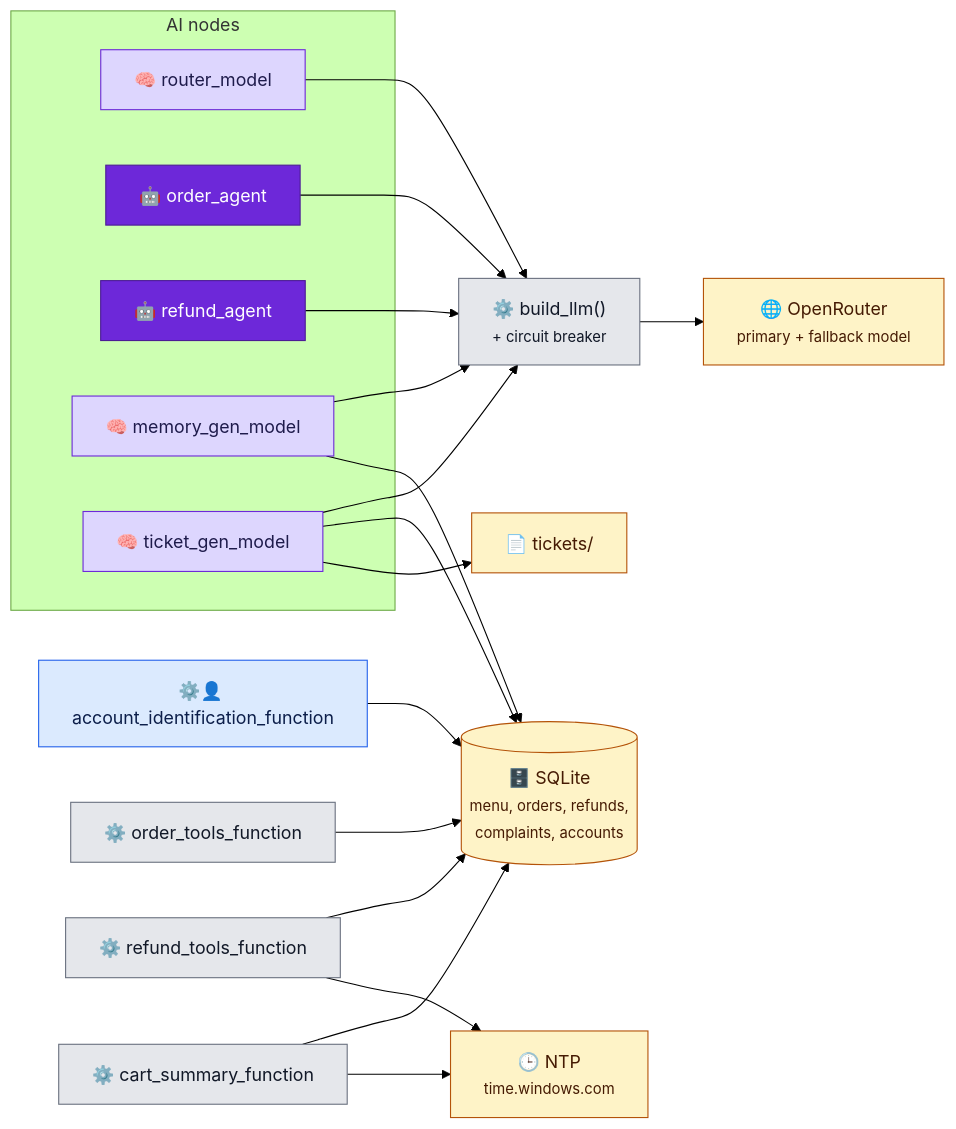
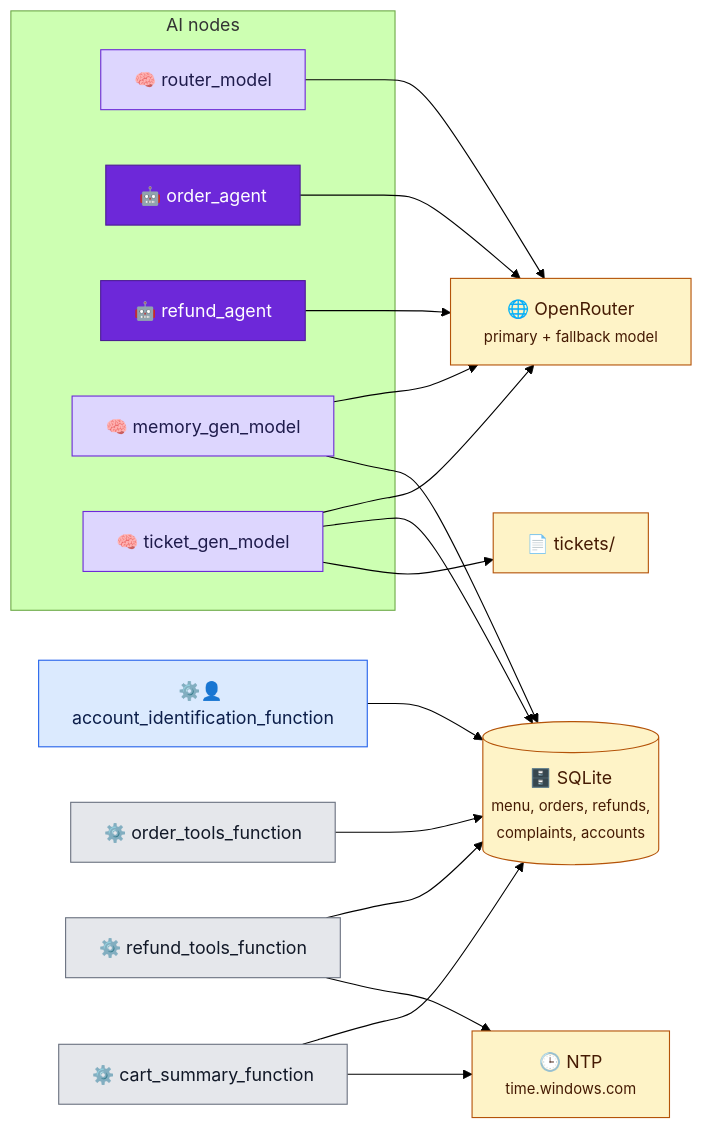
One commit to oddbullet/customer-support-fde changed the second of 2 diagrams in docs/ARCHITECTURE.md. Above: the diagram before and after it, drawn with Mermaid (forest theme). The commit also changed other lines of this file, not shown here.

Commit message:
docs: remove build_llm from architecture diagram and update node classifications

````diff
--- a/docs/ARCHITECTURE.md
+++ b/docs/ARCHITECTURE.md
@@ -108,39 +108,38 @@
 ```mermaid
 flowchart LR
     subgraph AI["AI nodes"]
         router_model["🧠 router_model"]
         order_agent["🤖 order_agent"]
         refund_agent["🤖 refund_agent"]
         memory_gen_model["🧠 memory_gen_model"]
         ticket_gen_model["🧠 ticket_gen_model"]
     end
 
-    build_llm["⚙️ build_llm()<br/><small>+ circuit breaker</small>"]
     openrouter["🌐 OpenRouter<br/><small>primary + fallback model</small>"]
     sqlite[("🗄️ SQLite<br/><small>menu, orders, refunds,<br/>complaints, accounts</small>")]
     ntp["🕒 NTP<br/><small>time.windows.com</small>"]
     tickets["📄 tickets/"]
 
-    router_model & order_agent & refund_agent & memory_gen_model & ticket_gen_model --> build_llm --> openrouter
+    router_model & order_agent & refund_agent & memory_gen_model & ticket_gen_model --> openrouter
 
     account_identification_function["⚙️👤 account_identification_function"] --> sqlite
     order_tools_function["⚙️ order_tools_function"] --> sqlite
     refund_tools_function["⚙️ refund_tools_function"] --> sqlite
     refund_tools_function --> ntp
     cart_summary_function["⚙️ cart_summary_function"] --> sqlite
     cart_summary_function --> ntp
     memory_gen_model --> sqlite
     ticket_gen_model --> sqlite
     ticket_gen_model --> tickets
 
     classDef agent fill:#6d28d9,stroke:#4c1d95,color:#ffffff
     classDef model fill:#ddd6fe,stroke:#6d28d9,color:#1e1b4b
     classDef func fill:#e5e7eb,stroke:#6b7280,color:#111827
     classDef human fill:#dbeafe,stroke:#2563eb,color:#0c1e4a
     classDef ext fill:#fef3c7,stroke:#b45309,color:#451a03
     class order_agent,refund_agent agent
     class router_model,memory_gen_model,ticket_gen_model model
-    class build_llm,order_tools_function,refund_tools_function,cart_summary_function func
+    class order_tools_function,refund_tools_function,cart_summary_function func
     class account_identification_function human
     class openrouter,sqlite,ntp,tickets ext
 ```
````
